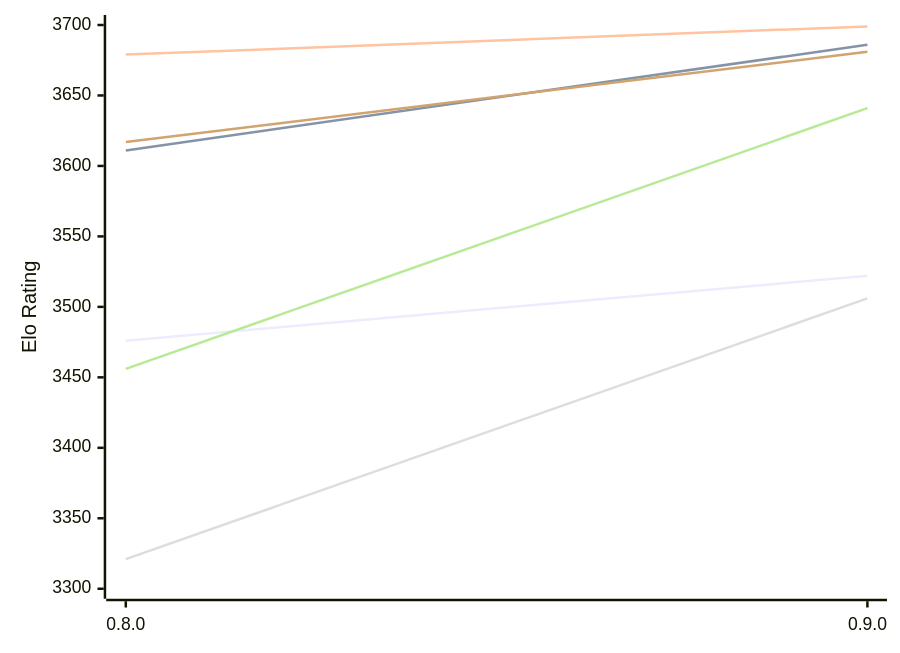
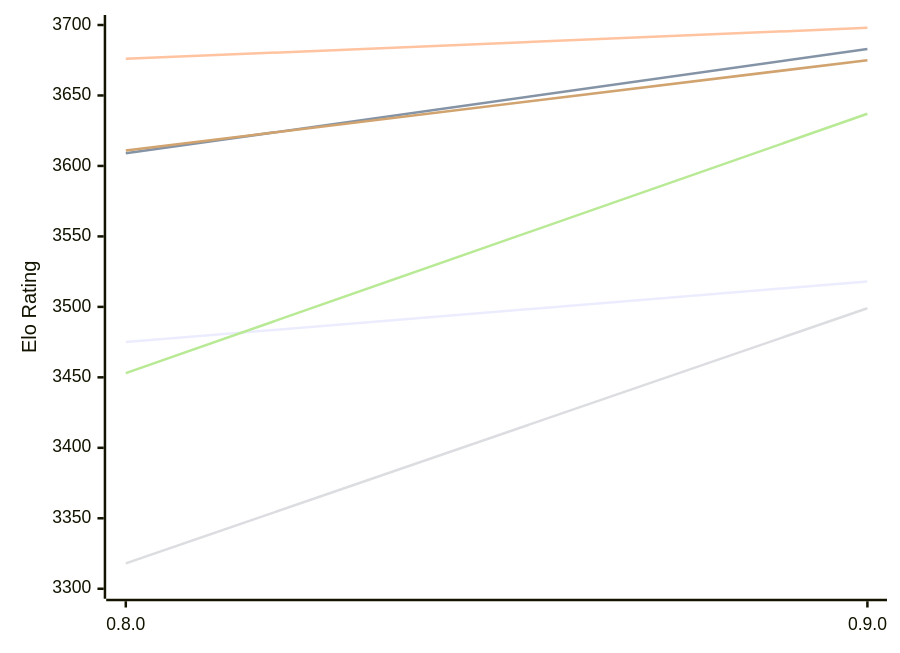
Before and after one commit to computer-chess-index/cci: the first of 2 diagrams in engines/Reckless.md, drawn with Mermaid. The commit also changed other lines of this file, not shown here.

Commit message:
Update CCI Ratings (ELO VLTC) - 2026-11-19

````diff
--- a/engines/Reckless.md
+++ b/engines/Reckless.md
@@ -50,12 +50,12 @@
 ```mermaid
 %%{init: {"theme":"base","themeVariables":{"seriesColors:['#a3a3a3','#222221','#faa371']}}}%%
 xychart-beta
   x-axis ["0.8.0", "0.9.0"]
   y-axis "Elo Rating" 3300 --> 3700
-  line "E1: STC (8.0+0.08s)" [3476, 3522]
-  line "E1: LTC (60.0+0.60s)" [3611, 3686]
-  line "E1: VLTC (2m24s+1.12s)" [3679, 3699]
-  line "P1: STC (8.0+0.08s)" [3321, 3506]
-  line "P1: LTC (60.0+0.60s)" [3456, 3641]
-  line "P1: VLTC (2m24s+1.12s)" [3617, 3681]
+  line "E1: STC (8.0+0.08s)" [3475, 3518]
+  line "E1: LTC (60.0+0.60s)" [3609, 3683]
+  line "E1: VLTC (2m24s+1.12s)" [3676, 3698]
+  line "P1: STC (8.0+0.08s)" [3318, 3499]
+  line "P1: LTC (60.0+0.60s)" [3453, 3637]
+  line "P1: VLTC (2m24s+1.12s)" [3611, 3675]
 ```
````
